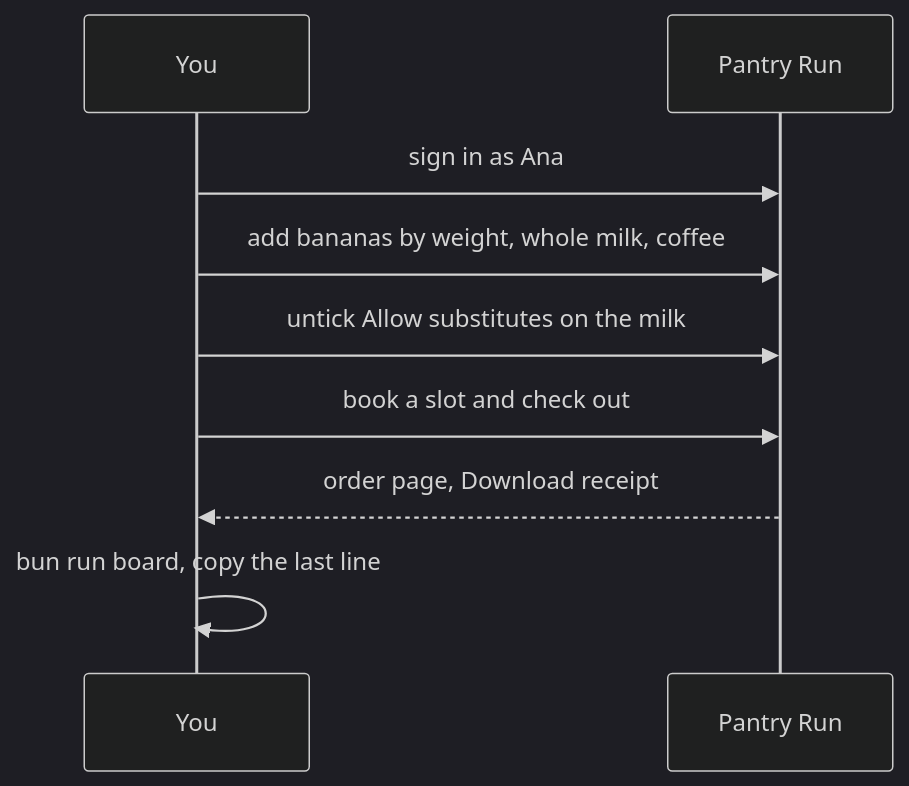
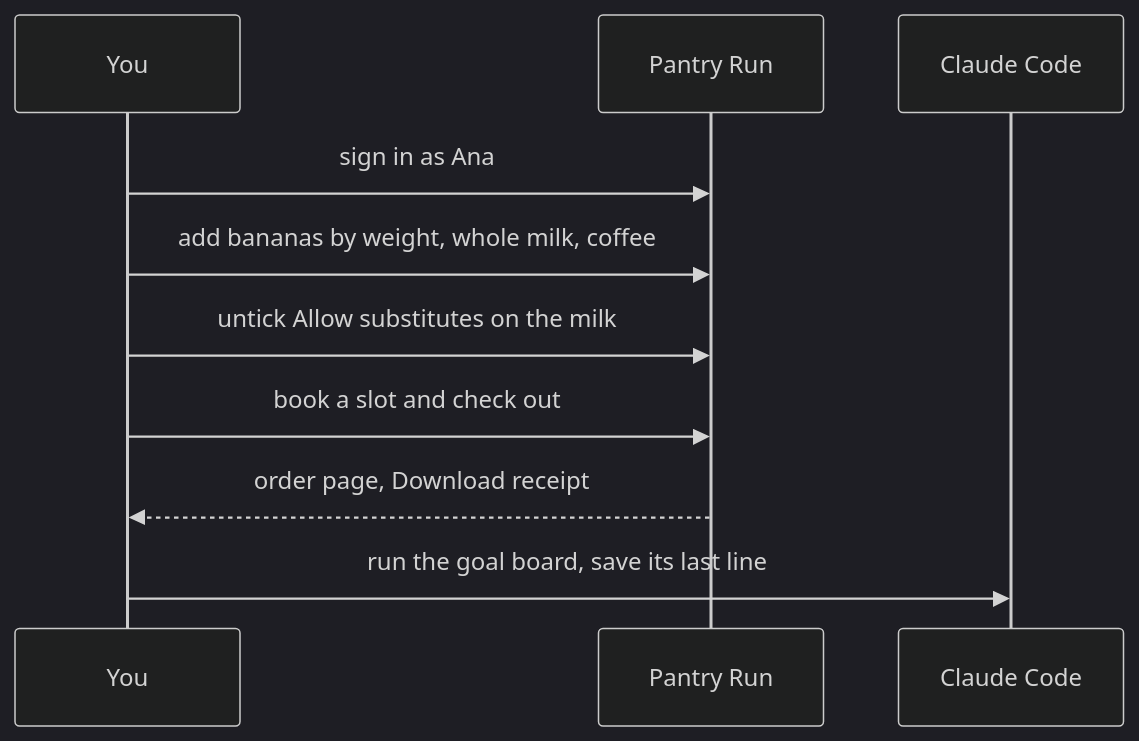
One commit to learnwithparam/agentic-qa-workshop changed the diagram in 00-orientation/meet-the-shop/problem/README.md. Above: the diagram before and after it, drawn with Mermaid (dark theme). The commit also changed other lines of this file and 136 other files, not shown here.

First line of the commit message:
Readable code and plain-English pages; every step taught through Claude Code prompts (#3)

````diff
--- a/00-orientation/meet-the-shop/problem/README.md
+++ b/00-orientation/meet-the-shop/problem/README.md
@@ -9,11 +14,12 @@
 ```mermaid
 sequenceDiagram
   participant You
   participant Shop as Pantry Run
+  participant Claude as Claude Code
   You->>Shop: sign in as Ana
   You->>Shop: add bananas by weight, whole milk, coffee
   You->>Shop: untick Allow substitutes on the milk
   You->>Shop: book a slot and check out
   Shop-->>You: order page, Download receipt
-  You->>You: bun run board, copy the last line
+  You->>Claude: run the goal board, save its last line
 ```
````
